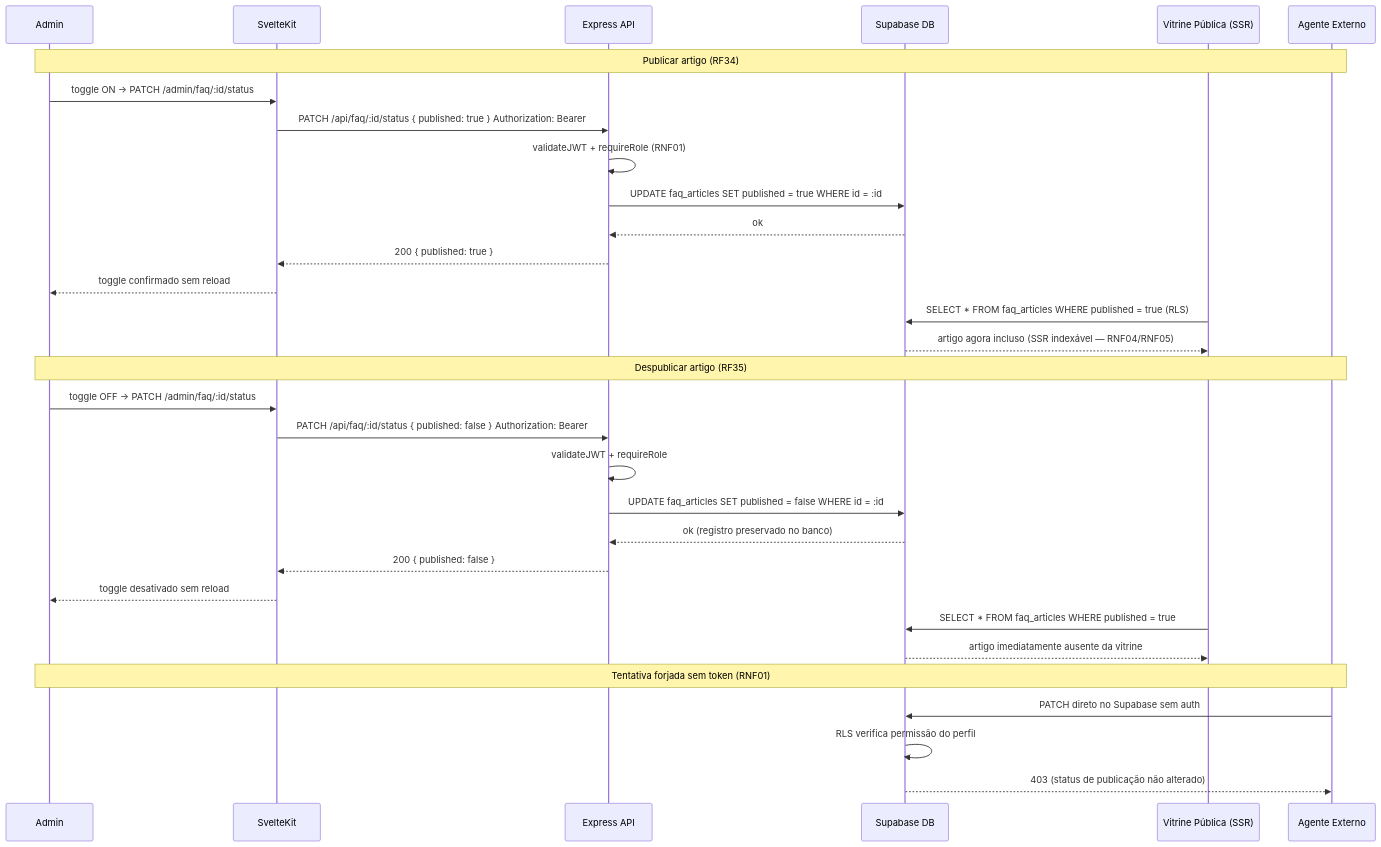
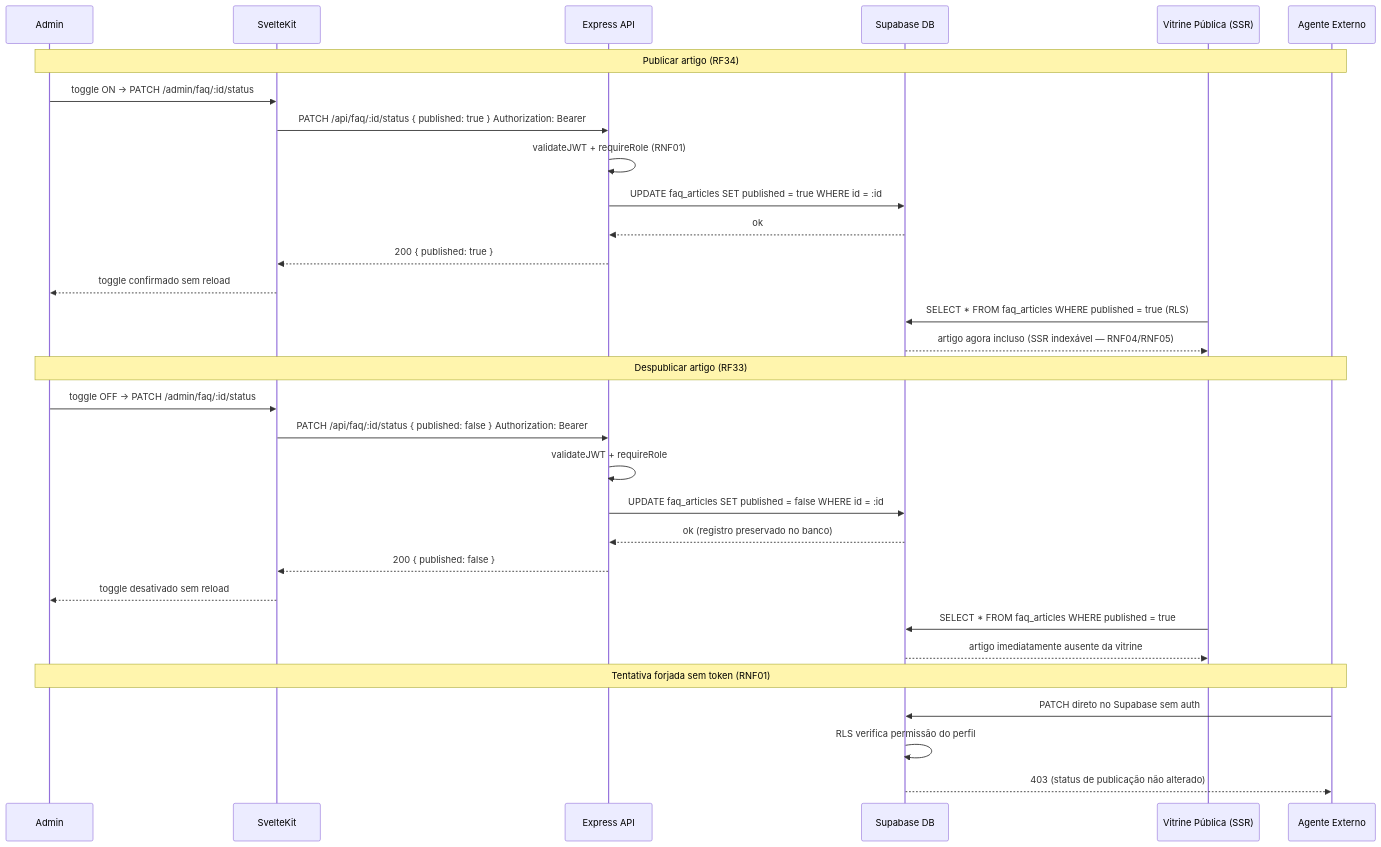
One commit to mdsreq-fga-unb/REQ-2026.1-T02-Crianex- changed the ninth of 10 diagrams in gh-pages/docs/iteracoes/iteracao-1/features-entregues.md. Above: the diagram before and after it, drawn with Mermaid. The commit also changed other lines of this file and 3 other files, not shown here.

````diff
--- a/gh-pages/docs/iteracoes/iteracao-1/features-entregues.md
+++ b/gh-pages/docs/iteracoes/iteracao-1/features-entregues.md
@@ -680,36 +656,36 @@
 ```mermaid
 sequenceDiagram
     participant A as Admin
     participant SK as SvelteKit
     participant EX as Express API
     participant DB as Supabase DB
     participant V as Vitrine Pública (SSR)
     participant AGT as Agente Externo
 
     Note over A,AGT: Publicar artigo (RF34)
     A->>SK: toggle ON → PATCH /admin/faq/:id/status
     SK->>EX: PATCH /api/faq/:id/status { published: true } Authorization: Bearer
     EX->>EX: validateJWT + requireRole (RNF01)
     EX->>DB: UPDATE faq_articles SET published = true WHERE id = :id
     DB-->>EX: ok
     EX-->>SK: 200 { published: true }
     SK-->>A: toggle confirmado sem reload
     V->>DB: SELECT * FROM faq_articles WHERE published = true (RLS)
     DB-->>V: artigo agora incluso (SSR indexável — RNF04/RNF05)
 
-    Note over A,AGT: Despublicar artigo (RF35)
+    Note over A,AGT: Despublicar artigo (RF33)
     A->>SK: toggle OFF → PATCH /admin/faq/:id/status
     SK->>EX: PATCH /api/faq/:id/status { published: false } Authorization: Bearer
     EX->>EX: validateJWT + requireRole
     EX->>DB: UPDATE faq_articles SET published = false WHERE id = :id
     DB-->>EX: ok (registro preservado no banco)
     EX-->>SK: 200 { published: false }
     SK-->>A: toggle desativado sem reload
     V->>DB: SELECT * FROM faq_articles WHERE published = true
     DB-->>V: artigo imediatamente ausente da vitrine
 
     Note over A,AGT: Tentativa forjada sem token (RNF01)
     AGT->>DB: PATCH direto no Supabase sem auth
     DB->>DB: RLS verifica permissão do perfil
     DB-->>AGT: 403 (status de publicação não alterado)
 ```
````
